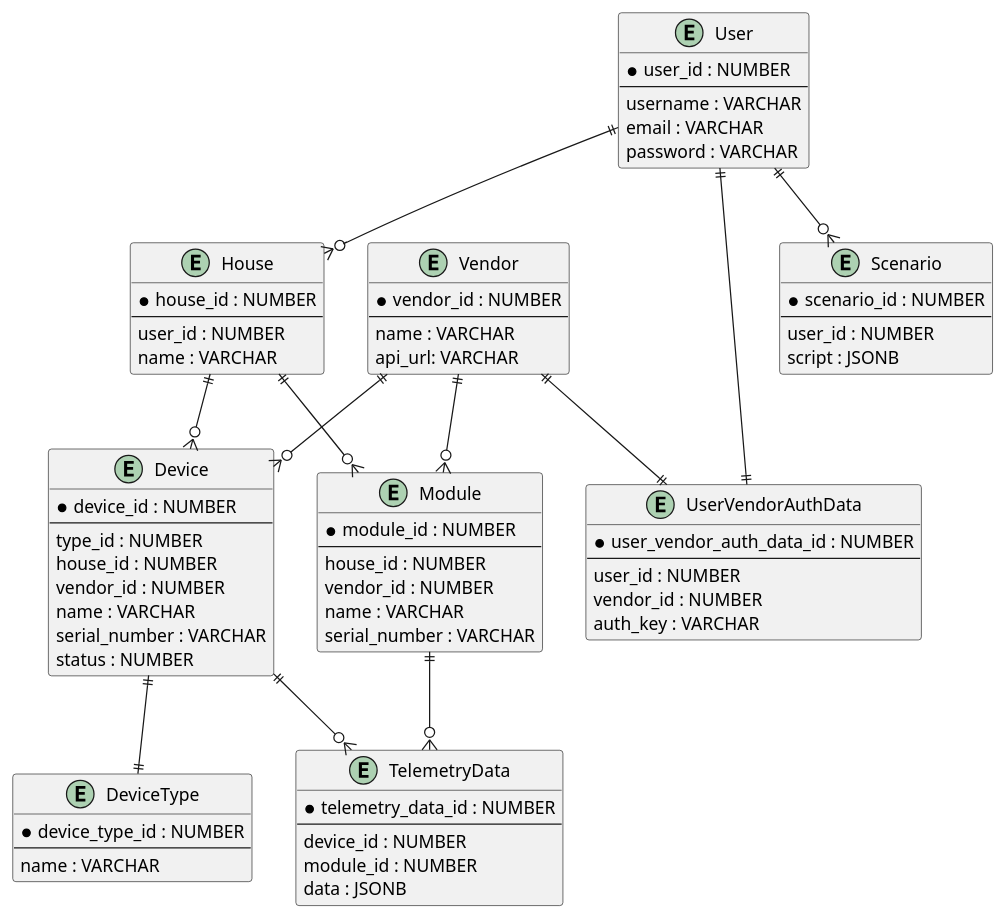
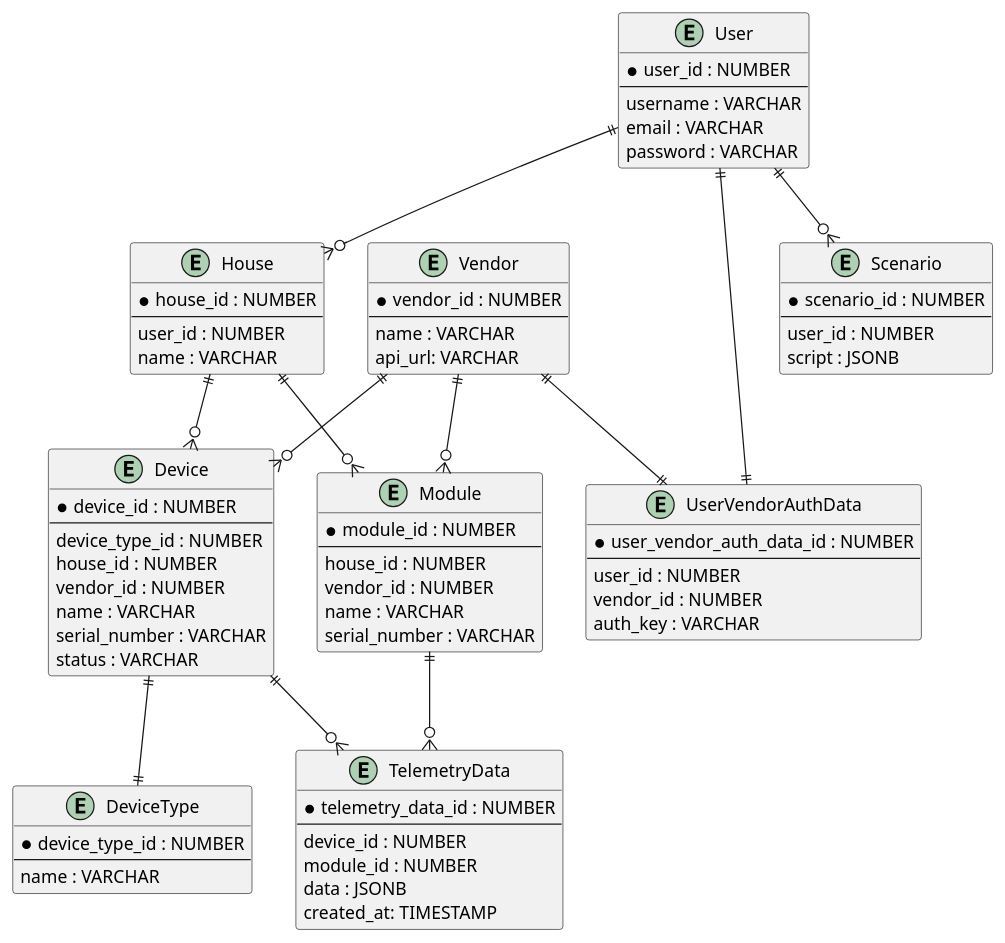
One commit to aputintsev/architecture-warmhouse changed the diagram in docs/plantuml/ER_Diagram.puml. Above: the diagram before and after it, drawn with PlantUML. The commit also changed 10 other files, not shown here.

```diff
--- a/docs/plantuml/ER_Diagram.puml
+++ b/docs/plantuml/ER_Diagram.puml
@@ -1,86 +1,87 @@
 @startuml
 
 entity "User" {
   * user_id : NUMBER
   --
   username : VARCHAR
   email : VARCHAR
   password : VARCHAR
 }
 
 entity "House" {
   * house_id : NUMBER
   --
   user_id : NUMBER
   name : VARCHAR
 }
 
 entity "Device" {
   * device_id : NUMBER
   --
-  type_id : NUMBER
+  device_type_id : NUMBER
   house_id : NUMBER
   vendor_id : NUMBER
   name : VARCHAR
   serial_number : VARCHAR
-  status : NUMBER
+  status : VARCHAR
 }
 
 entity "DeviceType" {
   * device_type_id : NUMBER
   --
   name : VARCHAR
 }
 
 entity "Module" {
   * module_id : NUMBER
   --
   house_id : NUMBER
   vendor_id : NUMBER
   name : VARCHAR
   serial_number : VARCHAR
 }
 
 entity "TelemetryData" {
   * telemetry_data_id : NUMBER
   --
   device_id : NUMBER
   module_id : NUMBER
   data : JSONB
+  created_at: TIMESTAMP
 }
 
 entity "Scenario" {
   * scenario_id : NUMBER
   --
   user_id : NUMBER
   script : JSONB
 }
 
 entity "Vendor" {
   * vendor_id : NUMBER
   --
   name : VARCHAR
   api_url: VARCHAR
 }
 
 entity "UserVendorAuthData" {
   * user_vendor_auth_data_id : NUMBER
   --
   user_id : NUMBER
   vendor_id : NUMBER
   auth_key : VARCHAR
 }
 
 User ||--o{ House
 House ||--o{ Device
 House ||--o{ Module
 Device ||--o{ TelemetryData
 Device ||--|| DeviceType
 Module ||--o{ TelemetryData
 User ||--o{ Scenario
 Vendor ||--o{ Device
 Vendor ||--o{ Module
 Vendor ||--|| UserVendorAuthData
 User ||--|| UserVendorAuthData
 
 @enduml
```
